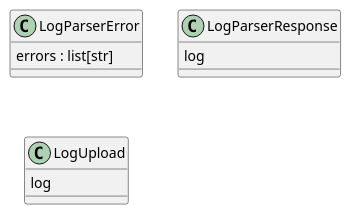
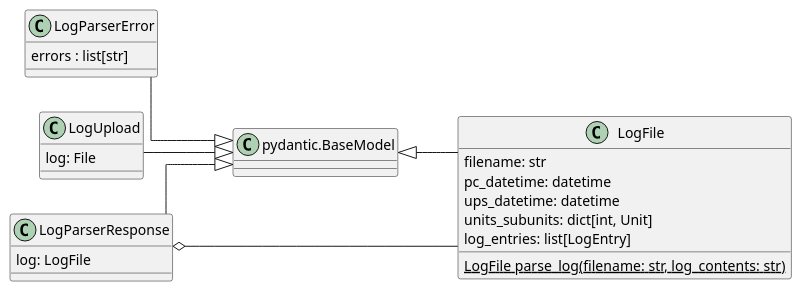
One commit to sevenelevendevunipd/docs changed the second of 13 diagrams in allegato_tecnico.md. Above: the diagram before and after it, drawn with PlantUML. The commit also changed other lines of this file, not shown here.

````diff
--- a/allegato_tecnico.md
+++ b/allegato_tecnico.md
@@ -208,14 +223,36 @@
 ```{ .plantuml caption="Class Diagram SLViewer backend"}
-@startuml classes
+@startuml
 set namespaceSeparator none
-class "LogParserError" as sl_viewer_backend.schemas.logparsererror.LogParserError {
-errors : list[str]
+left to right direction
+skinparam linetype ortho
+
+class "pydantic.BaseModel" as BaseModel
+
+class LogFile {
+  filename: str
+  pc_datetime: datetime
+  ups_datetime: datetime
+  units_subunits: dict[int, Unit]
+  log_entries: list[LogEntry]
+  {static} LogFile parse_log(filename: str, log_contents: str)
 }
-class "LogParserResponse" as sl_viewer_backend.schemas.logparseresponse.LogParserResponse {
-log
+
+class LogParserError {
+  errors : list[str]
 }
-class "LogUpload" as sl_viewer_backend.schemas.logupload.LogUpload {
-log
+
+class LogParserResponse {
+  log: LogFile
 }
+class LogUpload {
+  log: File
+}
+
+
+LogFile -u-|> BaseModel
+LogUpload --|> BaseModel
+LogParserError --|> BaseModel
+LogParserResponse --|> BaseModel
+LogParserResponse o-- LogFile
 @enduml
 ```
````
